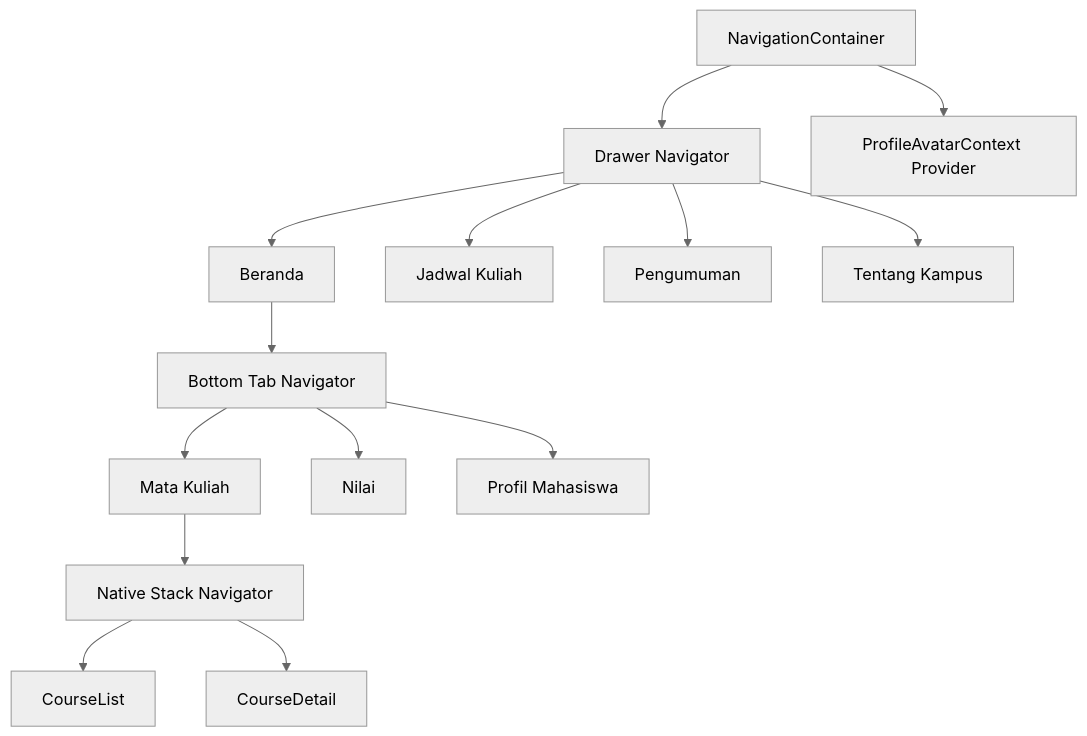
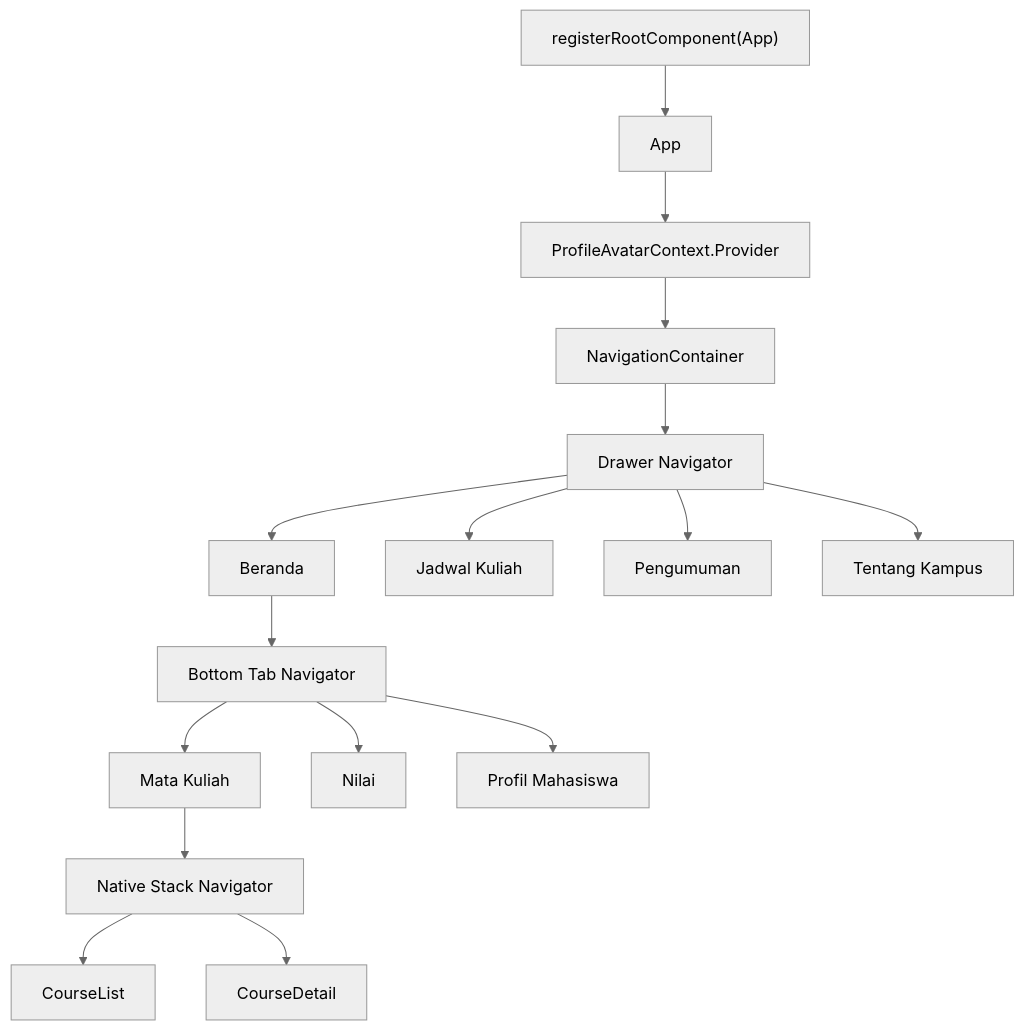
Before and after one commit to anwarrohmadi2006/e-kampus-mini-expo: the diagram in docs/ARCHITECTURE.md, drawn with Mermaid (neutral theme). The commit also changed other lines of this file and 1 other file, not shown here.

````diff
--- a/docs/ARCHITECTURE.md
+++ b/docs/ARCHITECTURE.md
@@ -22,16 +89,18 @@
 ```mermaid
 flowchart TD
-    A["NavigationContainer"] --> B["Drawer Navigator"]
-    B --> C["Beranda"]
-    B --> D["Jadwal Kuliah"]
-    B --> E["Pengumuman"]
-    B --> F["Tentang Kampus"]
-    C --> G["Bottom Tab Navigator"]
-    G --> H["Mata Kuliah"]
-    G --> I["Nilai"]
-    G --> J["Profil Mahasiswa"]
-    H --> K["Native Stack Navigator"]
-    K --> L["CourseList"]
-    K --> M["CourseDetail"]
-    A --> N["ProfileAvatarContext Provider"]
+    A["registerRootComponent(App)"] --> B["App"]
+    B --> C["ProfileAvatarContext.Provider"]
+    C --> D["NavigationContainer"]
+    D --> E["Drawer Navigator"]
+    E --> F["Beranda"]
+    E --> G["Jadwal Kuliah"]
+    E --> H["Pengumuman"]
+    E --> I["Tentang Kampus"]
+    F --> J["Bottom Tab Navigator"]
+    J --> K["Mata Kuliah"]
+    J --> L["Nilai"]
+    J --> M["Profil Mahasiswa"]
+    K --> N["Native Stack Navigator"]
+    N --> O["CourseList"]
+    N --> P["CourseDetail"]
 ```
````
